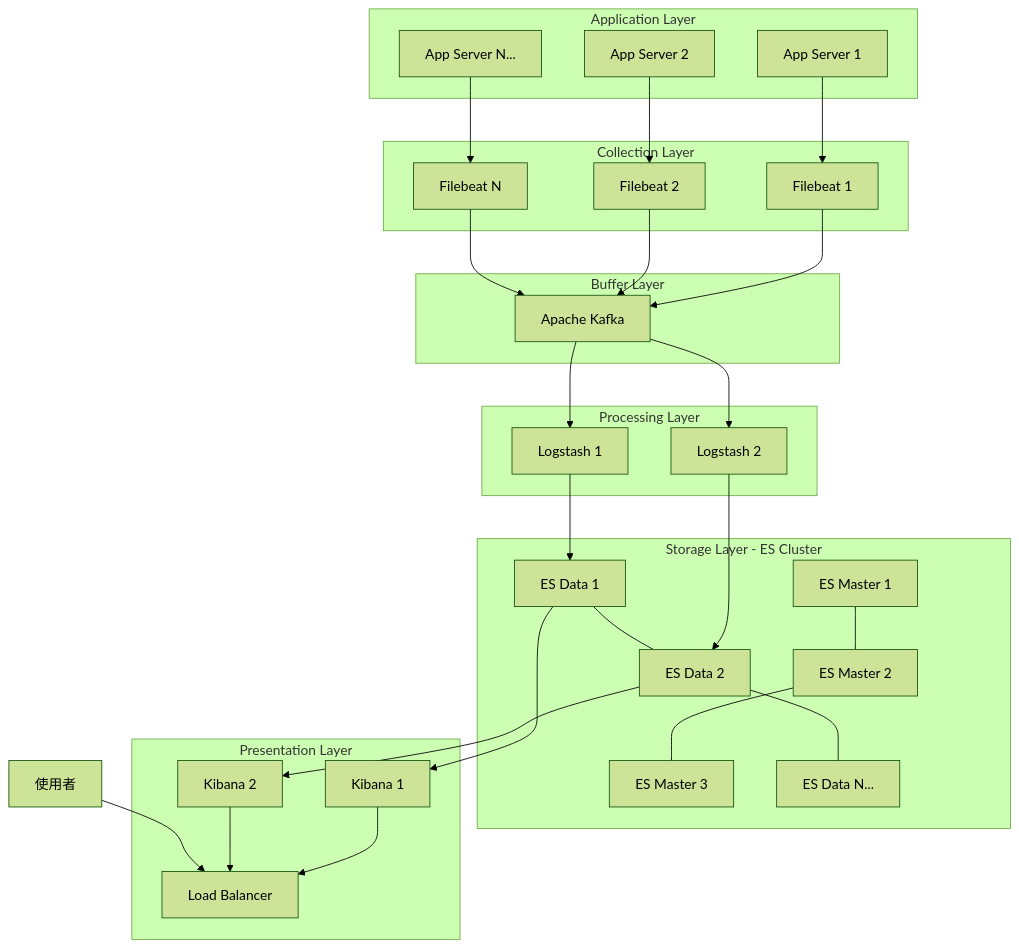
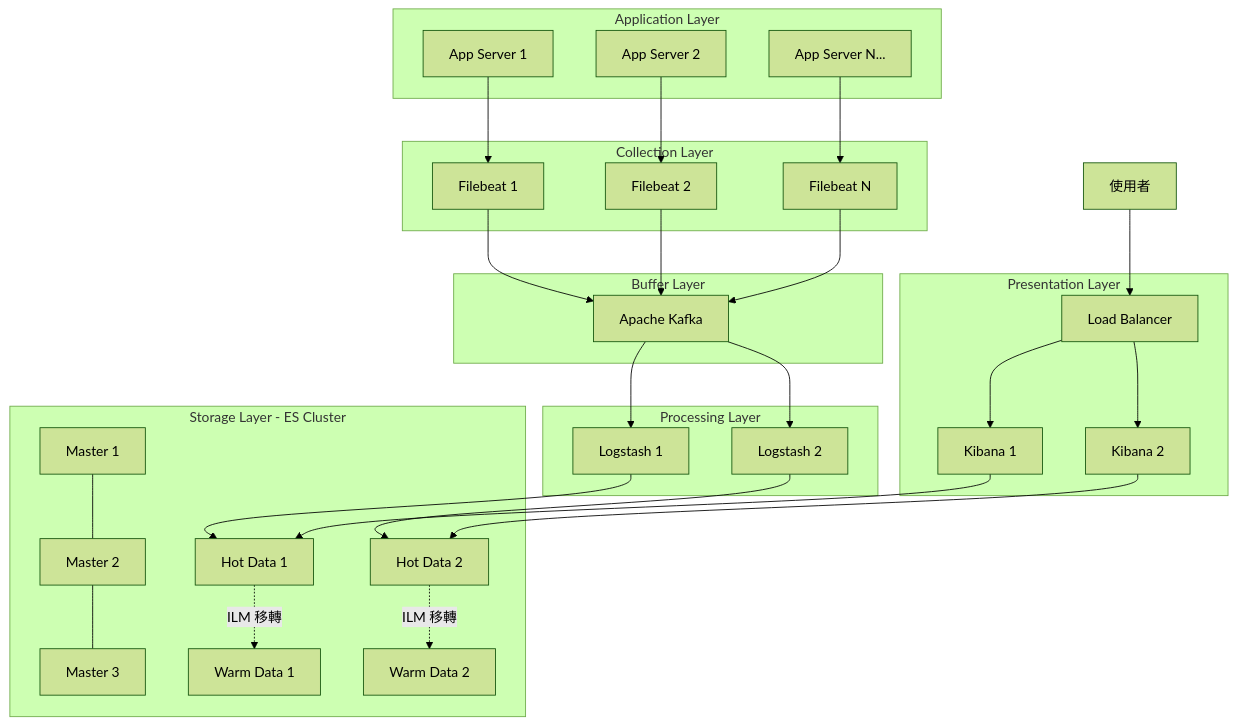
The seventh of 28 diagrams in content/posts/教學/工具/ELK-Stack教學手冊.md (chihhung/Blog), drawn with Mermaid (forest theme) before and after one commit. The commit also changed other lines of this file and 8 other files, not shown here.

````diff
--- a/content/posts/教學/工具/ELK-Stack教學手冊.md
+++ b/content/posts/教學/工具/ELK-Stack教學手冊.md
@@ -363,63 +738,63 @@
 ```mermaid
 graph TB
     subgraph "Application Layer"
         App1[App Server 1]
         App2[App Server 2]
         App3[App Server N...]
     end
-    
+
     subgraph "Collection Layer"
         FB1[Filebeat 1]
         FB2[Filebeat 2]
         FB3[Filebeat N]
     end
-    
+
     subgraph "Buffer Layer"
         Kafka[Apache Kafka]
     end
-    
+
     subgraph "Processing Layer"
         LS1[Logstash 1]
         LS2[Logstash 2]
     end
-    
+
     subgraph "Storage Layer - ES Cluster"
-        ES1[ES Master 1]
-        ES2[ES Master 2]
-        ES3[ES Master 3]
-        ES4[ES Data 1]
-        ES5[ES Data 2]
-        ES6[ES Data N...]
+        ES1[Master 1]
+        ES2[Master 2]
+        ES3[Master 3]
+        H1[Hot Data 1]
+        H2[Hot Data 2]
+        W1[Warm Data 1]
+        W2[Warm Data 2]
     end
-    
+
     subgraph "Presentation Layer"
+        LB[Load Balancer]
         K1[Kibana 1]
         K2[Kibana 2]
-        LB[Load Balancer]
     end
-    
+
     App1 --> FB1
     App2 --> FB2
     App3 --> FB3
-    
+
     FB1 --> Kafka
     FB2 --> Kafka
     FB3 --> Kafka
-    
+
     Kafka --> LS1
     Kafka --> LS2
-    
-    LS1 --> ES4
-    LS2 --> ES5
-    
+
+    LS1 --> H1
+    LS2 --> H2
+
     ES1 --- ES2 --- ES3
-    ES4 --- ES5 --- ES6
-    
-    ES4 --> K1
-    ES5 --> K2
-    
-    K1 --> LB
-    K2 --> LB
-    
+    H1 -.->|"ILM 移轉"| W1
+    H2 -.->|"ILM 移轉"| W2
+
     User[使用者] --> LB
+    LB --> K1
+    LB --> K2
+    K1 --> H1
+    K2 --> H2
 ```
````
